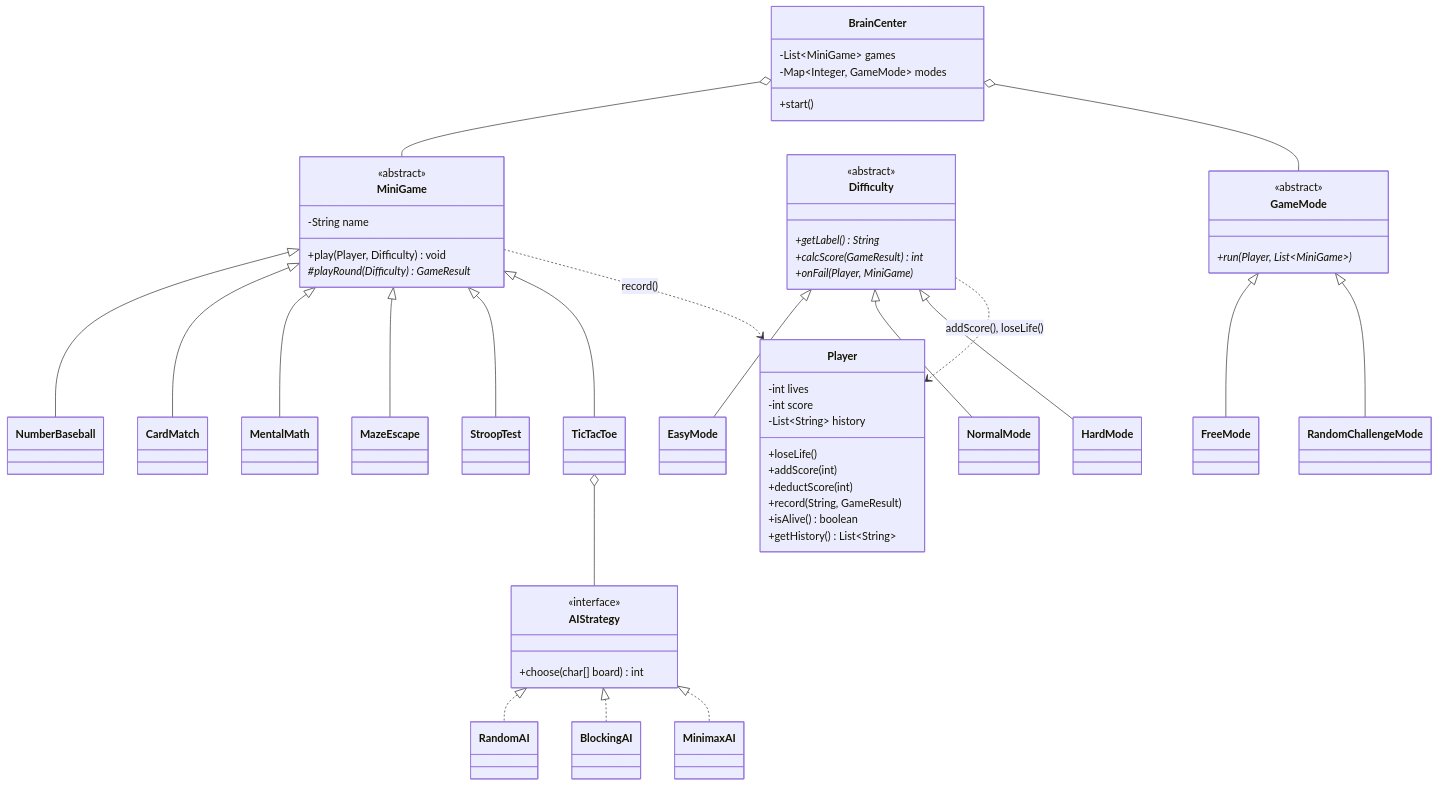
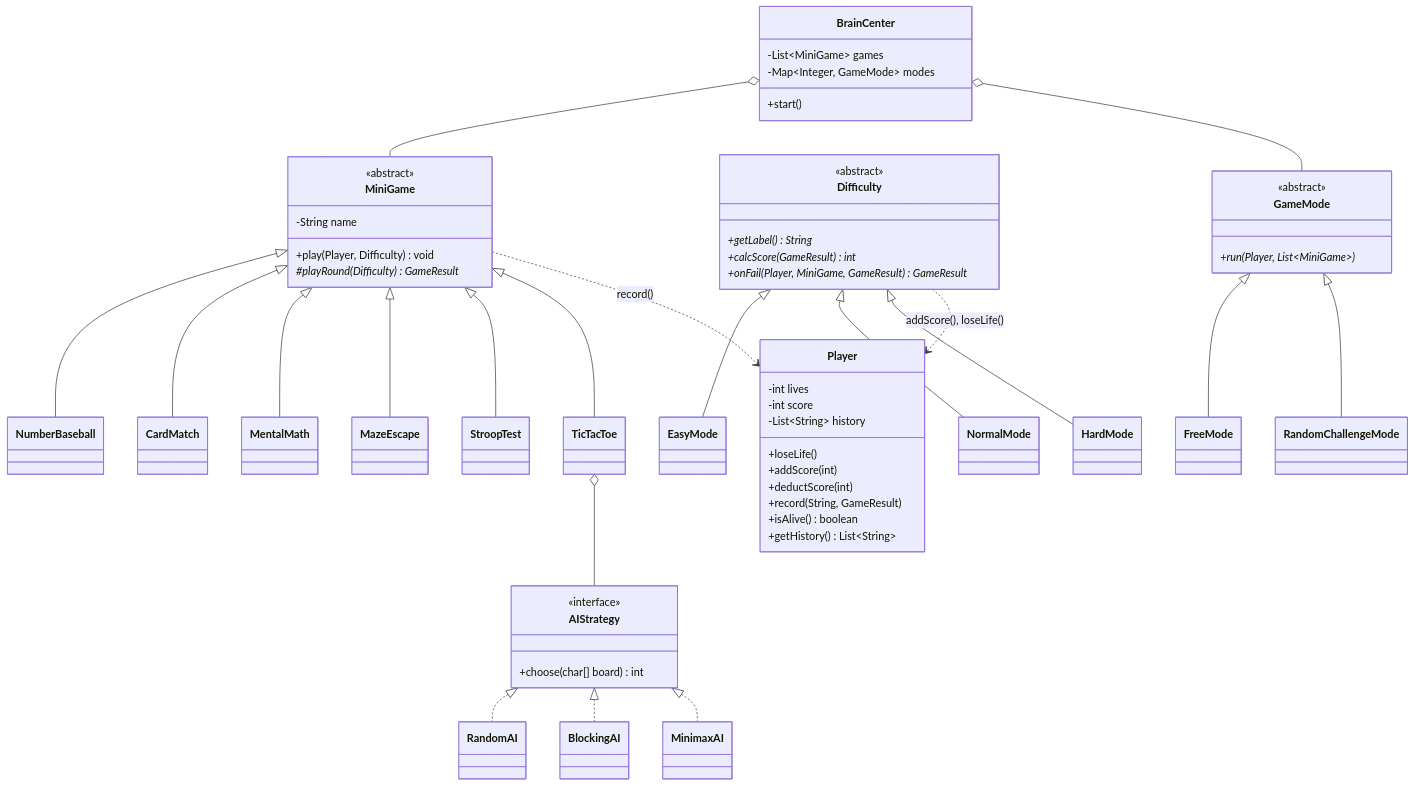
One commit to BrainOverride/brain-override changed the diagram in README.md. Above: the diagram before and after it, drawn with Mermaid. The commit also changed other lines of this file and 5 other files, not shown here.

````diff
--- a/README.md
+++ b/README.md
@@ -151,60 +151,60 @@
 ```mermaid
 classDiagram
     class BrainCenter {
         -List~MiniGame~ games
         -Map~Integer, GameMode~ modes
         +start()
     }
     class MiniGame {
         <<abstract>>
         -String name
         +play(Player, Difficulty) void
         #playRound(Difficulty)* GameResult
     }
     class Difficulty {
         <<abstract>>
         +getLabel()* String
         +calcScore(GameResult)* int
-        +onFail(Player, MiniGame)*
+        +onFail(Player, MiniGame, GameResult)* GameResult
     }
     class GameMode {
         <<abstract>>
         +run(Player, List~MiniGame~)*
     }
     class AIStrategy {
         <<interface>>
         +choose(char[] board) int
     }
     class Player {
         -int lives
         -int score
         -List~String~ history
         +loseLife()
         +addScore(int)
         +deductScore(int)
         +record(String, GameResult)
         +isAlive() boolean
         +getHistory() List~String~
     }
 
     MiniGame <|-- NumberBaseball
     MiniGame <|-- CardMatch
     MiniGame <|-- MentalMath
     MiniGame <|-- MazeEscape
     MiniGame <|-- StroopTest
     MiniGame <|-- TicTacToe
     Difficulty <|-- EasyMode
     Difficulty <|-- NormalMode
     Difficulty <|-- HardMode
     GameMode <|-- FreeMode
     GameMode <|-- RandomChallengeMode
     AIStrategy <|.. RandomAI
     AIStrategy <|.. BlockingAI
     AIStrategy <|.. MinimaxAI
 
     BrainCenter o-- MiniGame
     BrainCenter o-- GameMode
     TicTacToe o-- AIStrategy
     MiniGame ..> Player : record()
     Difficulty ..> Player : addScore(), loseLife()
 ```
````
